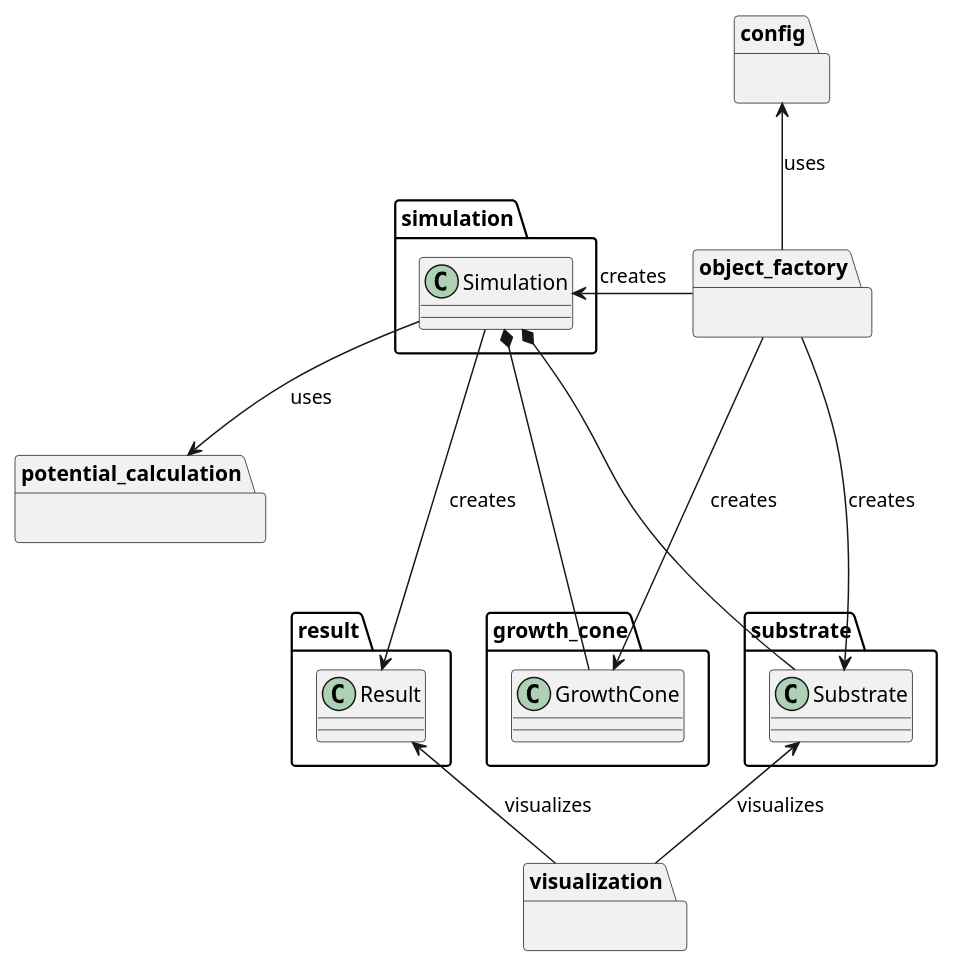
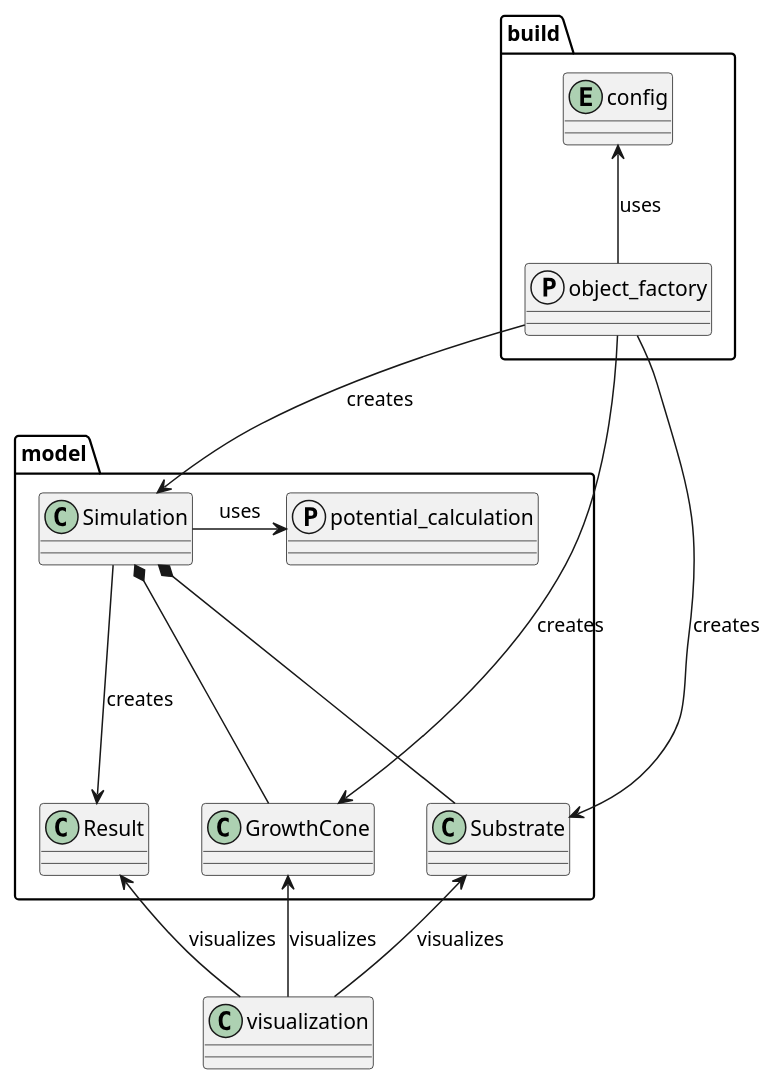
Before and after one commit to yavuzkaraca/Topographic-Projection-Sim: the first of 2 diagrams in docs/diagram/diagram.puml, drawn with PlantUML. The commit also changed 2 other files, not shown here.

```diff
--- a/docs/diagram/diagram.puml
+++ b/docs/diagram/diagram.puml
@@ -1,39 +1,30 @@
 @startuml Overview
-package config{
+package build{
+entity config
+protocol object_factory
+}
+
+package model{
+class GrowthCone
+class Result
+class Simulation
+protocol potential_calculation
+class Substrate
 
 }
-package growth_cone{
-    class GrowthCone
-}
-package potential_calculation{
-    
-}
-package result{
-    class Result
-}
-package object_factory{
-    
-}
-package simulation{
-    class Simulation
-}
-package substrate{
-    class Substrate
-}
-package visualization{
 
-}
 
 config <-- object_factory :  uses
 object_factory --> GrowthCone : creates
 object_factory --> Substrate : creates
-object_factory -> Simulation : creates
-Simulation --> potential_calculation : uses
+object_factory --> Simulation : creates
+Simulation -> potential_calculation : uses
 Simulation ---> Result : creates 
 Result <-- visualization : visualizes
 Substrate <-- visualization : visualizes
+GrowthCone <-- visualization : visualizes
 
 Simulation *--- Substrate 
 Simulation *--- GrowthCone
 
 @enduml
```
